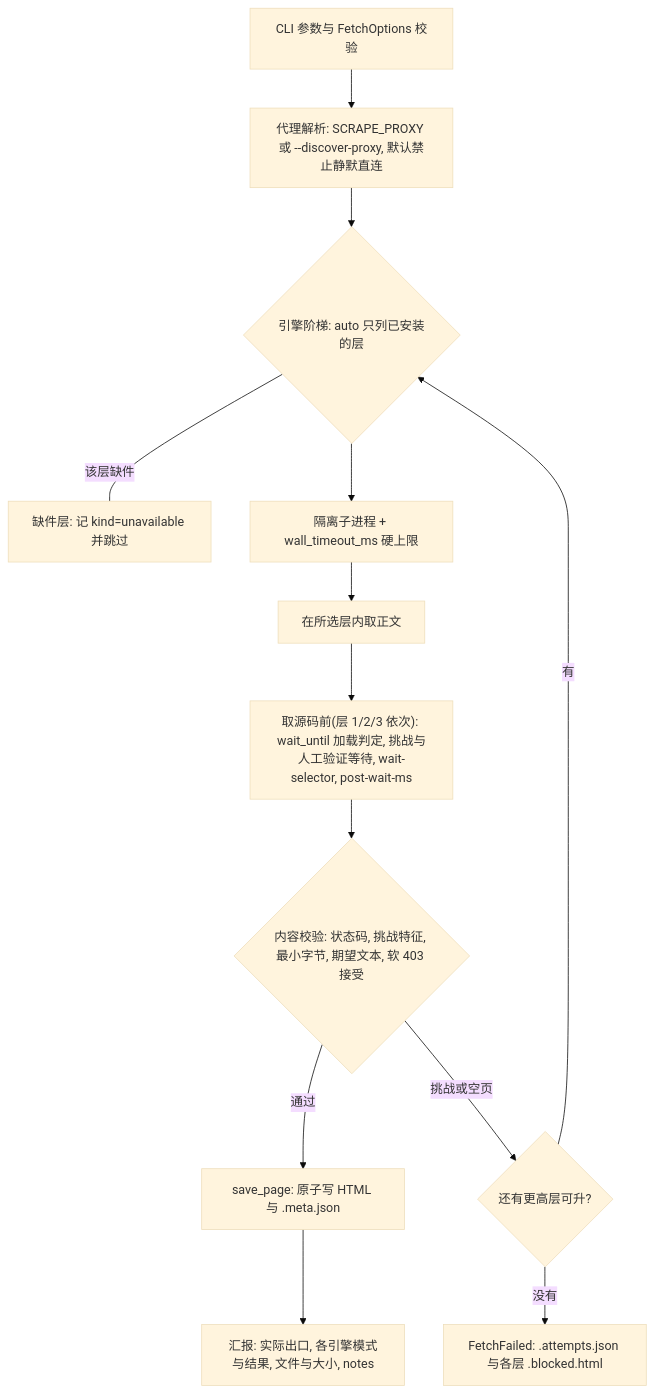
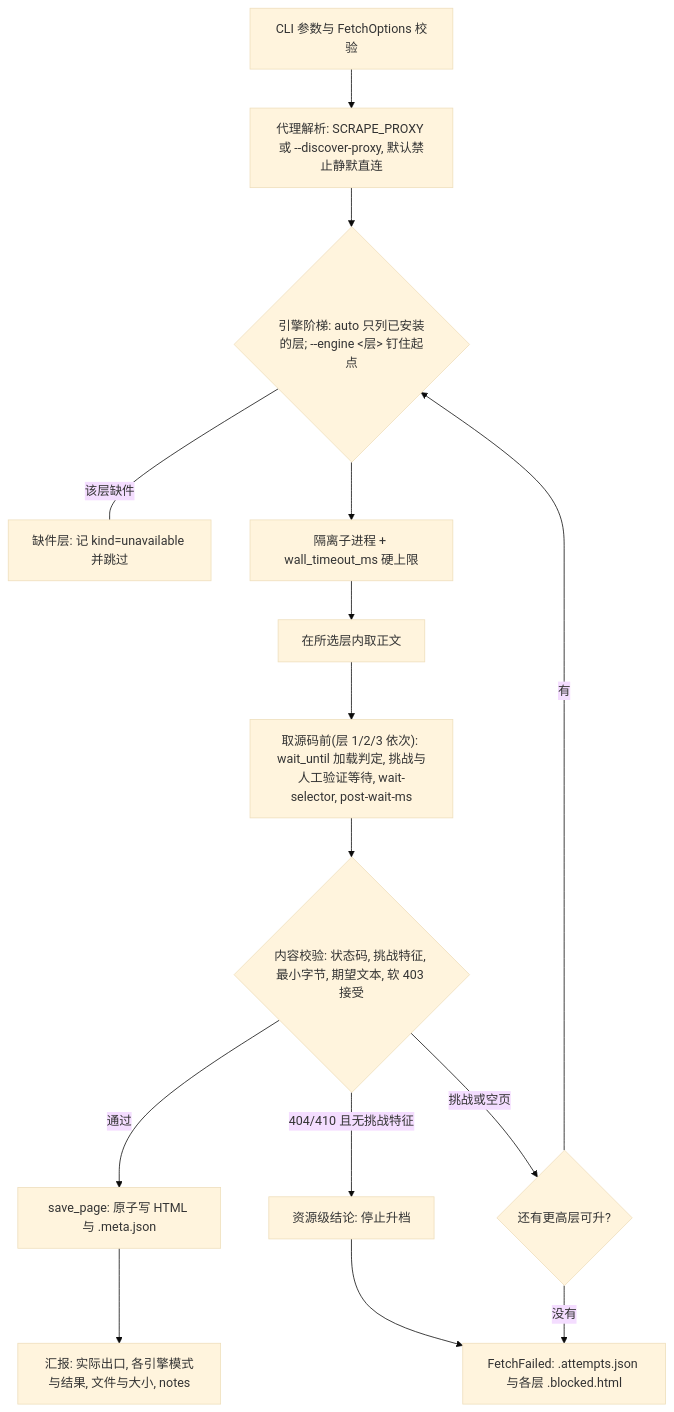
One commit to xuchaoxin1375/skills-for-developer changed the diagram in skills/resilient-browser-fetch/SKILL.md. Above: the diagram before and after it, drawn with Mermaid (base theme). The commit also changed other lines of this file and 14 other files, not shown here.

````diff
--- a/skills/resilient-browser-fetch/SKILL.md
+++ b/skills/resilient-browser-fetch/SKILL.md
@@ -177,15 +178,17 @@
 ```mermaid
 flowchart TD
     A[CLI 参数与 FetchOptions 校验] --> B[代理解析: SCRAPE_PROXY 或 --discover-proxy, 默认禁止静默直连]
-    B --> C{引擎阶梯: auto 只列已安装的层}
+    B --> C{"引擎阶梯: auto 只列已安装的层; --engine <层> 钉住起点"}
     C ---|该层缺件| U[缺件层: 记 kind=unavailable 并跳过]
     C --> D[隔离子进程 + wall_timeout_ms 硬上限]
     D --> E[在所选层内取正文]
     E --> W["取源码前(层 1/2/3 依次): wait_until 加载判定, 挑战与人工验证等待, wait-selector, post-wait-ms"]
     W --> V{内容校验: 状态码, 挑战特征, 最小字节, 期望文本, 软 403 接受}
     V -->|通过| S[save_page: 原子写 HTML 与 .meta.json]
+    V -->|"404/410 且无挑战特征"| X["资源级结论: 停止升档"]
     V -->|挑战或空页| N{还有更高层可升?}
     N -->|有| C
     N -->|没有| F[FetchFailed: .attempts.json 与各层 .blocked.html]
+    X --> F
     S --> R[汇报: 实际出口, 各引擎模式与结果, 文件与大小, notes]
 ```
````
